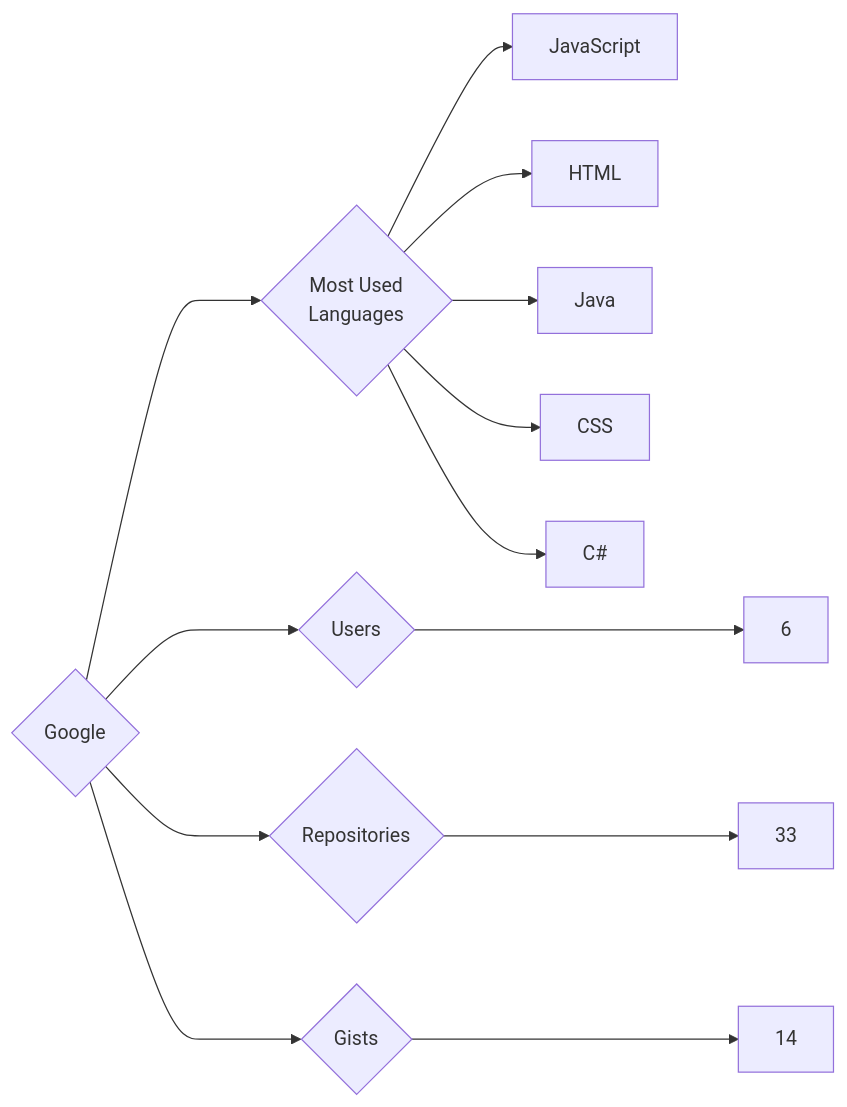
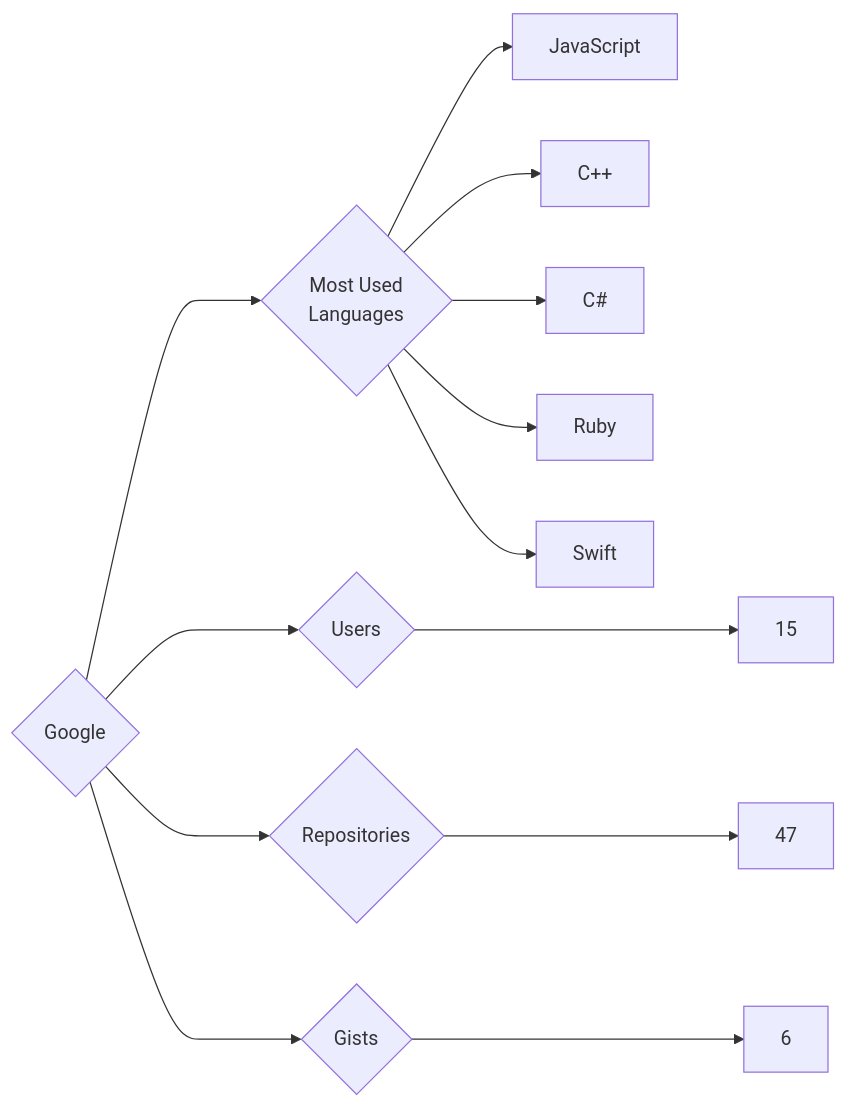
The diagram in targets/Google/README.md (trickest/insiders), drawn with Mermaid before and after one commit. The commit also changed 611 other files, not shown here.

````diff
--- a/targets/Google/README.md
+++ b/targets/Google/README.md
@@ -3,13 +3,13 @@
 ```mermaid
 graph LR
 COMPANY_NAME{Google}
-COMPANY_NAME ---> U{Users} ---> UN[6]
-COMPANY_NAME ---> R{Repositories} ---> RN[33]
-COMPANY_NAME ---> G{Gists} ---> GN[14]
+COMPANY_NAME ---> U{Users} ---> UN[15]
+COMPANY_NAME ---> R{Repositories} ---> RN[47]
+COMPANY_NAME ---> G{Gists} ---> GN[6]
 COMPANY_NAME ---> ML{Most Used<br>Languages}
 ML --> JavaScript[JavaScript]
-ML --> HTML[HTML]
-ML --> Java[Java]
-ML --> CSS[CSS]
+ML --> C++[C++]
 ML --> C#[C#]
+ML --> Ruby[Ruby]
+ML --> Swift[Swift]
 ```
````
